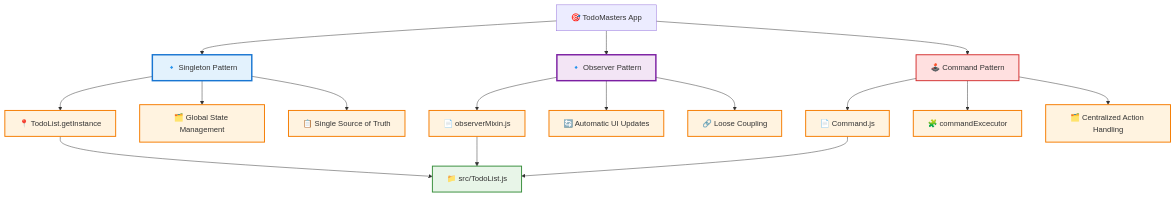
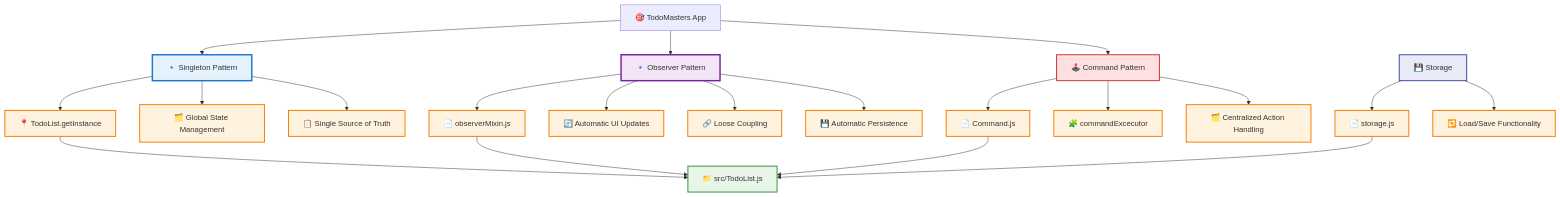
Before and after one commit to Shinkei/js-todo-patterns: the third of 3 diagrams in README.md, drawn with Mermaid. The commit also changed other lines of this file, not shown here.

````diff
--- a/README.md
+++ b/README.md
@@ -104,34 +118,41 @@
 ```mermaid
 flowchart TD
     A[🎯 TodoMasters App] --> B[🔹 Singleton Pattern]
     A --> C[🔹 Observer Pattern]
     A --> D[🕹️ Command Pattern]
 
     B --> E[📍 TodoList.getInstance]
     B --> F[🗂️ Global State Management]
     B --> G[📋 Single Source of Truth]
 
     C --> H[📄 observerMixin.js]
     C --> I[🔄 Automatic UI Updates]
     C --> J[🔗 Loose Coupling]
+    C --> O[💾 Automatic Persistence]
 
     D --> K[📄 Command.js]
     D --> L[🧩 commandExcecutor]
     D --> M[🗂️ Centralized Action Handling]
 
+    P[💾 Storage] --> Q[📄 storage.js]
+    P --> R[🔁 Load/Save Functionality]
+    
     E --> N[📁 src/TodoList.js]
     H --> N
     K --> N
+    Q --> N
 
     classDef singleton fill:#e3f2fd,stroke:#1976d2,stroke-width:3px
     classDef observer fill:#f3e5f5,stroke:#7b1fa2,stroke-width:3px
     classDef command fill:#ffe0e0,stroke:#d32f2f,stroke-width:2px
+    classDef storage fill:#e8eaf6,stroke:#3949ab,stroke-width:2px
     classDef file fill:#e8f5e8,stroke:#388e3c,stroke-width:2px
     classDef feature fill:#fff3e0,stroke:#f57c00,stroke-width:2px
 
     class B singleton
     class C observer
     class D command
+    class P storage
     class N file
-    class E,F,G,H,I,J,K,L,M feature
+    class E,F,G,H,I,J,K,L,M,O,Q,R feature
 ```
````
